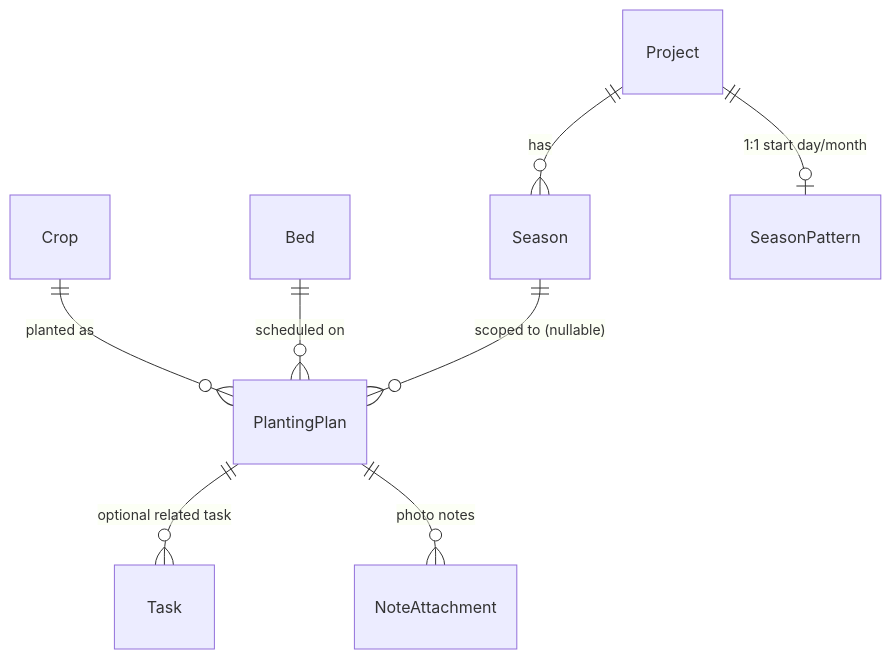
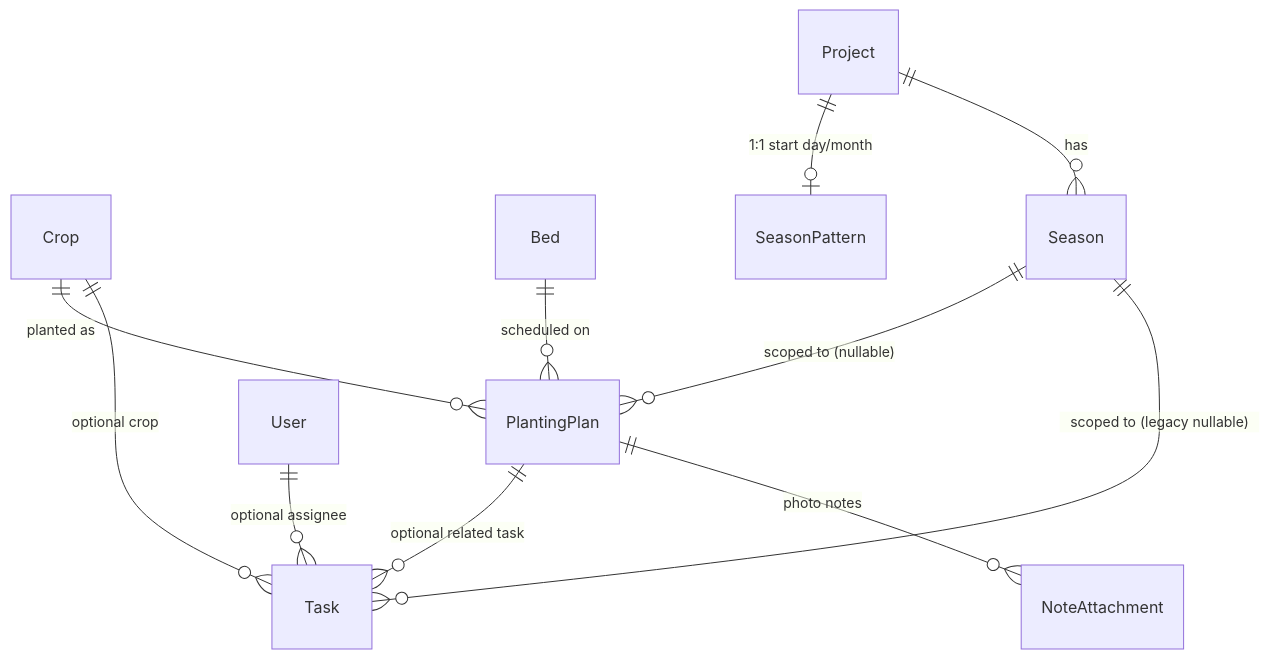
The fourth of 6 diagrams in docs/data-model.md (OpenFarmPlanner/planner), drawn with Mermaid before and after one commit. The commit also changed other lines of this file and 9 other files, not shown here.

Commit message:
feat(tasks): extend task model and project-scoped REST API

````diff
--- a/docs/data-model.md
+++ b/docs/data-model.md
@@ -162,10 +162,13 @@
 ```mermaid
 erDiagram
     Crop ||--o{ PlantingPlan : "planted as"
     Bed ||--o{ PlantingPlan : "scheduled on"
     Season ||--o{ PlantingPlan : "scoped to (nullable)"
     Project ||--o| SeasonPattern : "1:1 start day/month"
     Project ||--o{ Season : has
     PlantingPlan ||--o{ Task : "optional related task"
+    Season ||--o{ Task : "scoped to (legacy nullable)"
+    Crop ||--o{ Task : "optional crop"
+    User ||--o{ Task : "optional assignee"
     PlantingPlan ||--o{ NoteAttachment : "photo notes"
 ```
````
